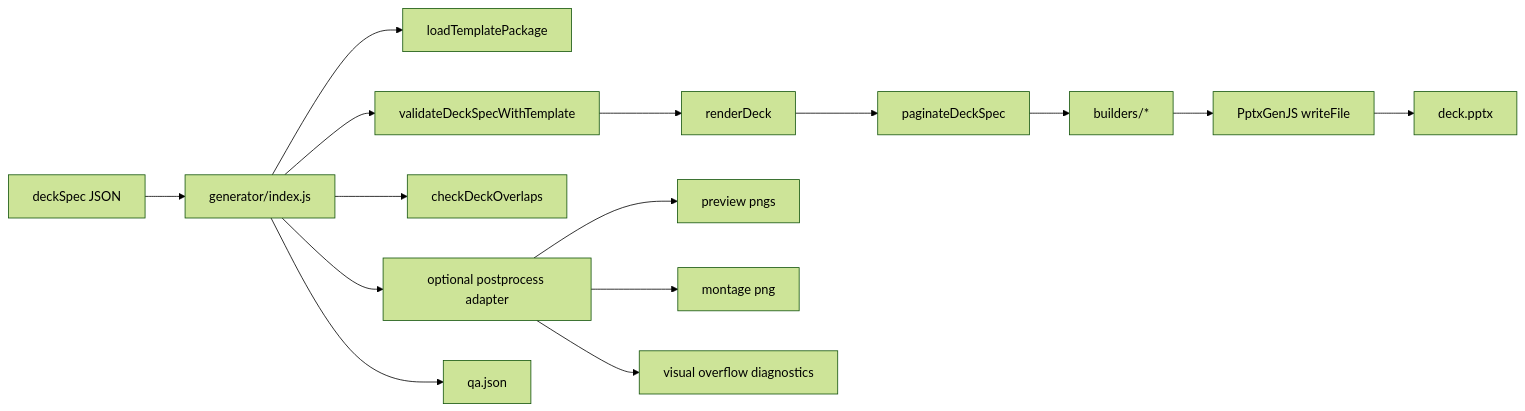
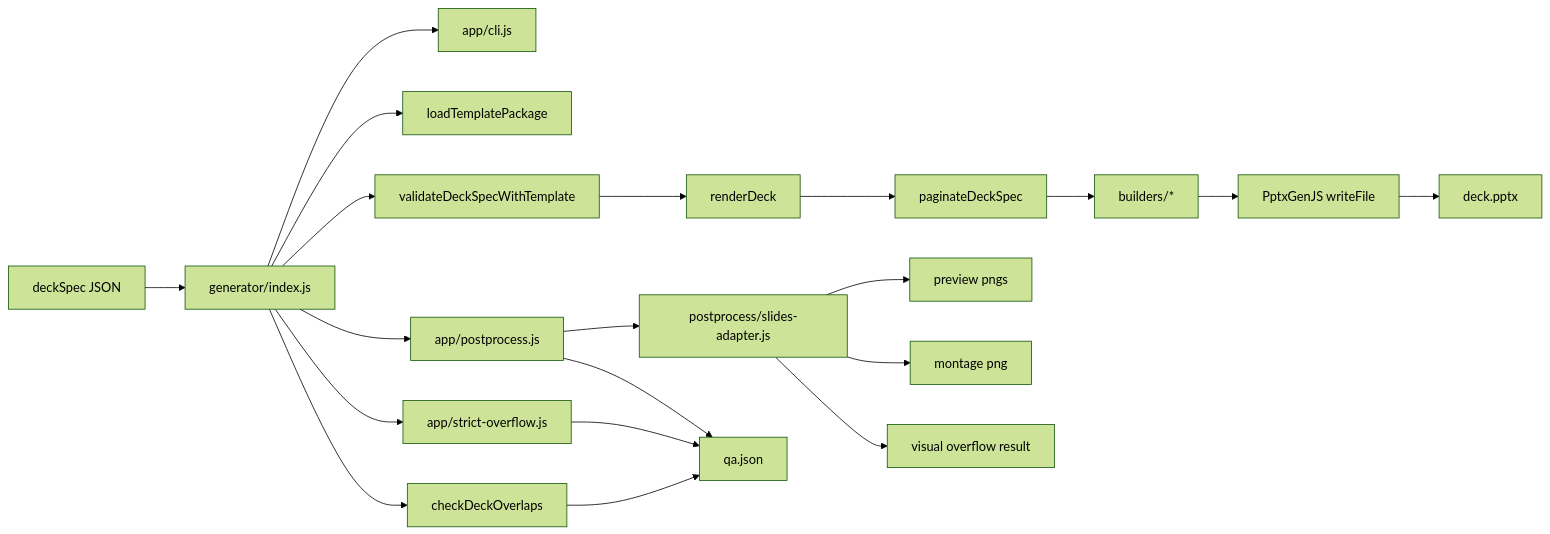
One commit to rishirsv/perks changed the second of 4 diagrams in chatgpt/kpmg-slidegen/ARCHITECTURE.md. Above: the diagram before and after it, drawn with Mermaid (forest theme). The commit also changed other lines of this file and 33 other files, not shown here.

````diff
--- a/chatgpt/kpmg-slidegen/ARCHITECTURE.md
+++ b/chatgpt/kpmg-slidegen/ARCHITECTURE.md
@@ -34,17 +35,22 @@
 ```mermaid
 flowchart LR
   IN[deckSpec JSON] --> CLI[generator/index.js]
+  CLI --> CLP[app/cli.js]
   CLI --> TP[loadTemplatePackage]
   CLI --> VAL[validateDeckSpecWithTemplate]
   VAL --> REN[renderDeck]
   REN --> PAG[paginateDeckSpec]
   PAG --> BLD[builders/*]
   BLD --> PPTX[PptxGenJS writeFile]
   CLI --> OVL[checkDeckOverlaps]
-  CLI --> PP[optional postprocess adapter]
-  CLI --> QA[qa.json]
+  CLI --> PPL[app/postprocess.js]
+  PPL --> ADP[postprocess/slides-adapter.js]
+  ADP --> PREV[preview pngs]
+  ADP --> MON[montage png]
+  ADP --> VOV[visual overflow result]
+  CLI --> STR[app/strict-overflow.js]
+  OVL --> QA[qa.json]
+  STR --> QA
+  PPL --> QA
   PPTX --> OUT[deck.pptx]
-  PP --> PREV[preview pngs]
-  PP --> MON[montage png]
-  PP --> VOV[visual overflow diagnostics]
 ```
````
